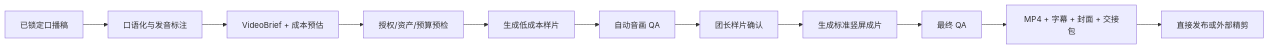
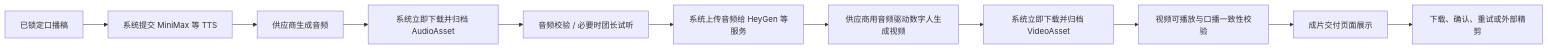
One commit to iSamlzh/short-video-llm changed the second of 2 diagrams in docs/superpowers/specs/2026-08-15-group-leader-content-growth-agent-design.md. Above: the diagram before and after it, drawn with Mermaid. The commit also changed other lines of this file, not shown here.

Commit message:
docs: correct external talking-video generation chain

````diff
--- a/docs/superpowers/specs/2026-08-15-group-leader-content-growth-agent-design.md
+++ b/docs/superpowers/specs/2026-08-15-group-leader-content-growth-agent-design.md
@@ -525,13 +528,13 @@
 ```mermaid
 flowchart LR
-    S["已锁定口播稿"] --> M["口语化与发音标注"]
-    M --> B["VideoBrief + 成本预估"]
-    B --> P["授权/资产/预算预检"]
-    P --> R1["生成低成本样片"]
-    R1 --> Q1["自动音画 QA"]
-    Q1 --> H["团长样片确认"]
-    H --> R2["生成标准竖屏成片"]
-    R2 --> Q2["最终 QA"]
-    Q2 --> F["MP4 + 字幕 + 封面 + 交接包"]
-    F --> E["直接发布或外部精剪"]
+    S["已锁定口播稿"] --> T["系统提交 MiniMax 等 TTS"]
+    T --> A["供应商生成音频"]
+    A --> D1["系统立即下载并归档 AudioAsset"]
+    D1 --> Q1["音频校验 / 必要时团长试听"]
+    Q1 --> U["系统上传音频给 HeyGen 等服务"]
+    U --> V["供应商用音频驱动数字人生成视频"]
+    V --> D2["系统立即下载并归档 VideoAsset"]
+    D2 --> Q2["视频可播放与口播一致性校验"]
+    Q2 --> P["成片交付页面展示"]
+    P --> E["下载、确认、重试或外部精剪"]
 ```
````
